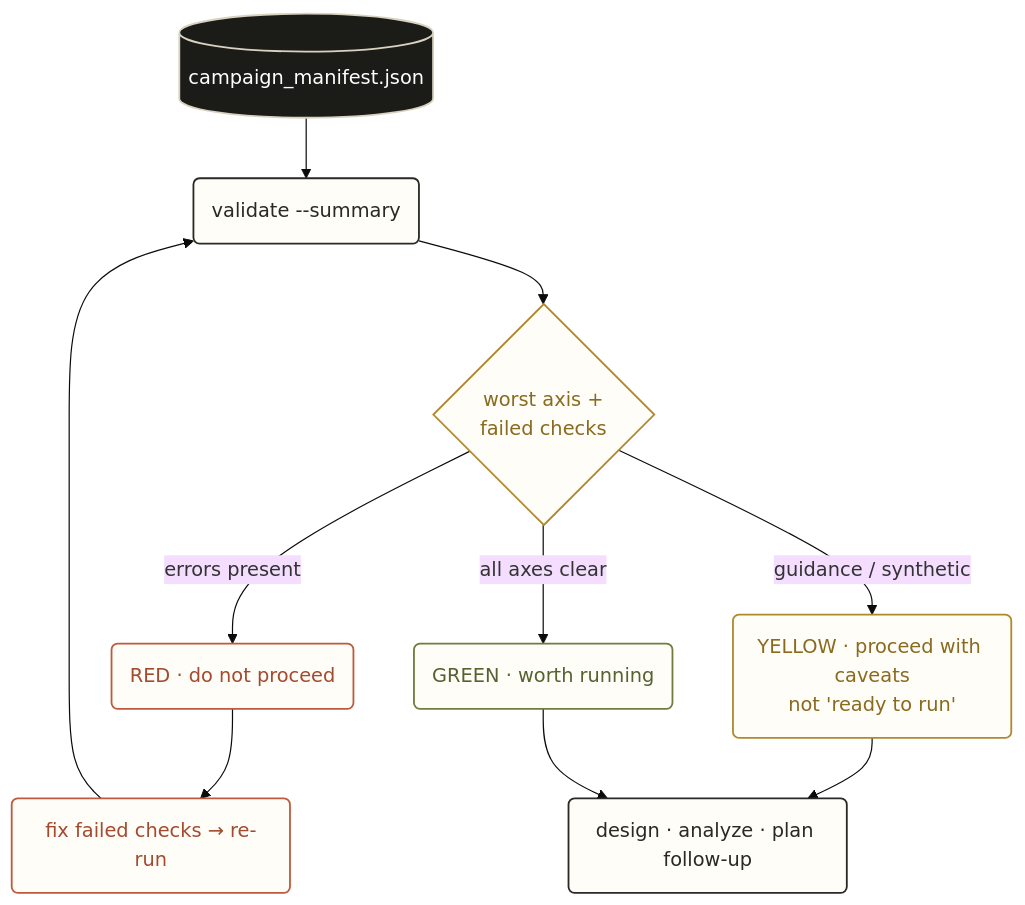
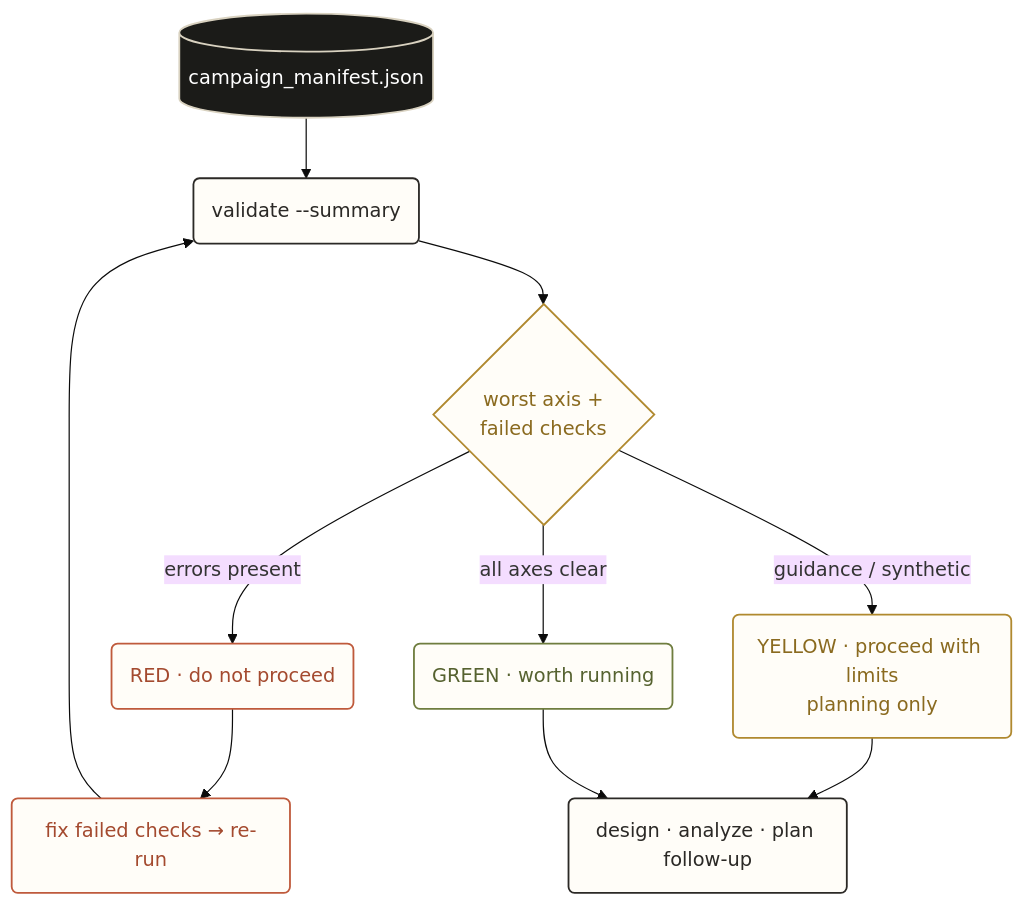
Before and after one commit to BioSymphony/ferm-doe: the fifth of 14 diagrams in README.md, drawn with Mermaid (base theme). The commit also changed other lines of this file, not shown here.

````diff
--- a/README.md
+++ b/README.md
@@ -128,15 +128,15 @@
 ```mermaid
 flowchart TB
   M[("campaign_manifest.json")]:::hero --> V("validate --summary"):::proc --> W{"worst axis +<br/>failed checks"}:::gate
   W -->|"errors present"| R("RED · do not proceed"):::block
-  W -->|"guidance / synthetic"| Y("YELLOW · proceed with caveats<br/>not 'ready to run'"):::gate
+  W -->|"guidance / synthetic"| Y("YELLOW · proceed with limits<br/>planning only"):::gate
   W -->|"all axes clear"| G("GREEN · worth running"):::go
   R --> FIX("fix failed checks → re-run"):::block --> V
   Y --> N("design · analyze · plan follow-up"):::proc
   G --> N
   classDef hero fill:#1b1b18,stroke:#d9d2c0,color:#ffffff,stroke-width:1.5px;
   classDef proc fill:#fffdf8,stroke:#2b2926,color:#2b2926,stroke-width:1.5px;
   classDef gate fill:#fffdf8,stroke:#b0892f,color:#8a6a1f,stroke-width:1.5px;
   classDef go fill:#fffdf8,stroke:#6f7d3f,color:#566230,stroke-width:1.5px;
   classDef block fill:#fffdf8,stroke:#bf5a3c,color:#a44a2f,stroke-width:1.5px;
 ```
````
